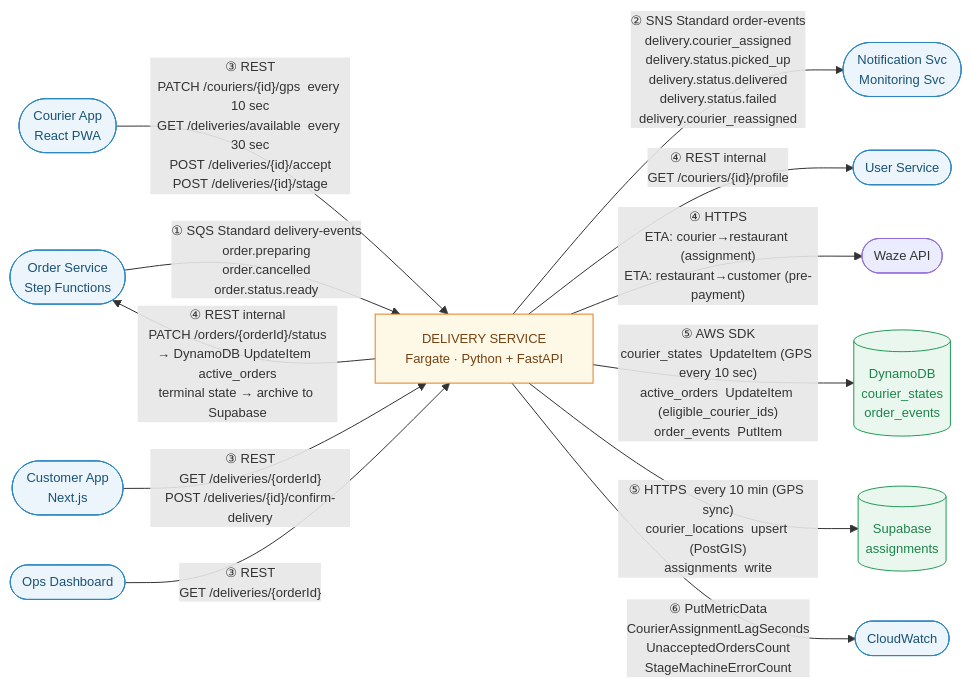
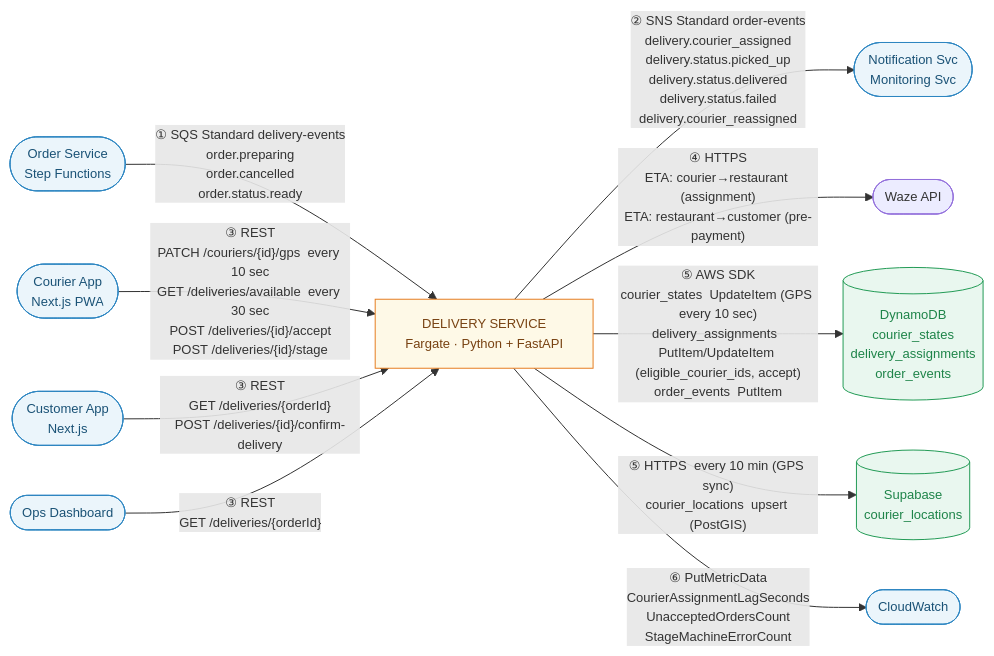
The diagram in contracts/delivery-service/delivery-service-message-contracts.md (food-delivery-platform/docs), drawn with Mermaid before and after one commit. The commit also changed other lines of this file and 1 other file, not shown here.

````diff
--- a/contracts/delivery-service/delivery-service-message-contracts.md
+++ b/contracts/delivery-service/delivery-service-message-contracts.md
@@ -23,59 +23,54 @@
 ```mermaid
 ---
 config:
   theme: default
   themeVariables:
     fontSize: "13px"
 ---
 flowchart LR
     %% ─── External actors ───
     OS(["Order Service\nStep Functions"])
-    CA(["Courier App\nReact PWA"])
+    CA(["Courier App\nNext.js PWA"])
     CU(["Customer App\nNext.js"])
     OPS(["Ops Dashboard"])
-    US(["User Service"])
     SUB(["Notification Svc\nMonitoring Svc"])
     CW(["CloudWatch"])
 
     %% ─── Data stores ───
-    DY[("DynamoDB\ncourier_states\norder_events")]
-    SB[("Supabase\nassignments")]
+    DY[("DynamoDB\ncourier_states\ndelivery_assignments\norder_events")]
+    SB[("Supabase\ncourier_locations")]
 
     %% ─── Delivery Service ───
     DS["DELIVERY SERVICE\nFargate · Python + FastAPI"]
 
     %% ─── Ch.1 SQS Standard Inbound ───
     OS -->|"① SQS Standard  delivery-events\norder.preparing\norder.cancelled\norder.status.ready"| DS
 
     %% ─── Ch.3 REST Inbound ───
     CA -->|"③ REST\nPATCH /couriers/{id}/gps  every 10 sec\nGET /deliveries/available  every 30 sec\nPOST /deliveries/{id}/accept\nPOST /deliveries/{id}/stage"| DS
     CU  -->|"③ REST\nGET /deliveries/{orderId}\nPOST /deliveries/{id}/confirm-delivery"| DS
     OPS -->|"③ REST\nGET /deliveries/{orderId}"| DS
 
     %% ─── Ch.2 SNS Standard Outbound ───
     DS -->|"② SNS Standard  order-events\ndelivery.courier_assigned\ndelivery.status.picked_up\ndelivery.status.delivered\ndelivery.status.failed\ndelivery.courier_reassigned"| SUB
 
-    %% ─── Ch.4 REST Outbound ───
-    DS -->|"④ REST internal\nGET /couriers/{id}/profile"| US
-    DS -->|"④ REST internal\nPATCH /orders/{orderId}/status\n→ DynamoDB UpdateItem  active_orders\nterminal state → archive to Supabase"| OS
-
     %% ─── Waze API ───
     WAZE(["Waze API"])
     DS -->|"④ HTTPS\nETA: courier→restaurant (assignment)\nETA: restaurant→customer (pre-payment)"| WAZE
 
     %% ─── Ch.5 DynamoDB + Supabase Writes ───
-    DS -->|"⑤ AWS SDK\ncourier_states  UpdateItem (GPS every 10 sec)\nactive_orders  UpdateItem (eligible_courier_ids)\norder_events  PutItem"| DY
-    DS -->|"⑤ HTTPS  every 10 min (GPS sync)\ncourier_locations  upsert (PostGIS)\nassignments  write"| SB
+    DS -->|"⑤ AWS SDK\ncourier_states  UpdateItem (GPS every 10 sec)\ndelivery_assignments  PutItem/UpdateItem (eligible_courier_ids, accept)\norder_events  PutItem"| DY
+    DS -->|"⑤ HTTPS  every 10 min (GPS sync)\ncourier_locations  upsert (PostGIS)"| SB
 
     %% ─── Ch.6 CloudWatch Metrics ───
     DS -->|"⑥ PutMetricData\nCourierAssignmentLagSeconds\nUnacceptedOrdersCount\nStageMachineErrorCount"| CW
 
     %% ─── Styles ───
     classDef actor fill:#EBF5FB,stroke:#2E86C1,color:#1A5276
     classDef store fill:#E9F7EF,stroke:#239B56,color:#1E8449
     classDef ds    fill:#FEF9E7,stroke:#E67E22,color:#784212
 
     class OS,CA,CU,OPS,US,SUB,CW actor
     class DY,SB store
     class DS ds
 ```
````
